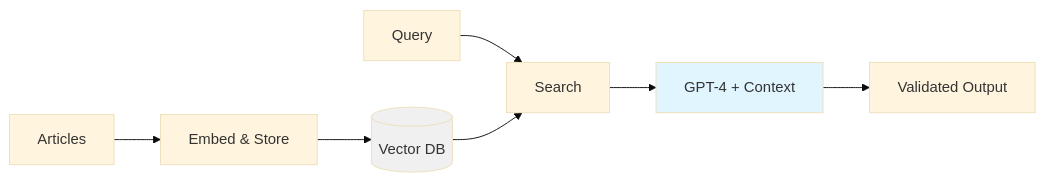
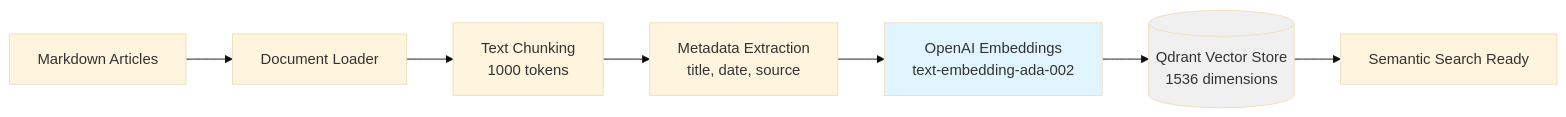
Before and after one commit to anandbhaskaran/ai-knowledge-assistant: the third of 4 diagrams in SOLUTION.md, drawn with Mermaid (base theme). The commit also changed other lines of this file, not shown here.

````diff
--- a/SOLUTION.md
+++ b/SOLUTION.md
@@ -139,12 +139,12 @@
 ```mermaid
 graph LR
-    A[Articles] --> B[Embed & Store]
-    B --> C[(Vector DB)]
-    D[Query] --> E[Search]
-    C --> E
-    E --> F[GPT-4 + Context]
-    F --> G[Validated Output]
+    A[Markdown Articles] --> B[Document Loader]
+    B --> C[Text Chunking<br/>1000 tokens]
+    C --> D[Metadata Extraction<br/>title, date, source]
+    D --> E[OpenAI Embeddings<br/>text-embedding-ada-002]
+    E --> F[(Qdrant Vector Store<br/>1536 dimensions)]
+    F --> G[Semantic Search Ready]
 
-    style C fill:#f0f0f0
-    style F fill:#e1f5ff
+    style F fill:#f0f0f0
+    style E fill:#e1f5ff
 ```
````
